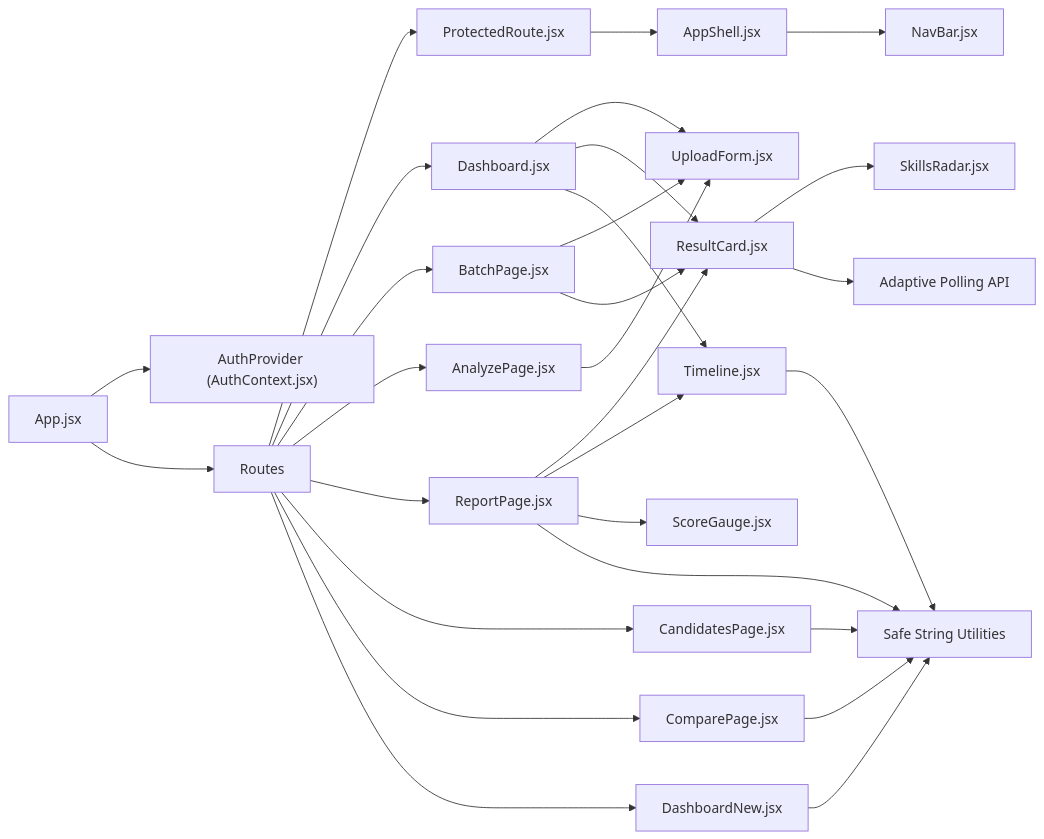
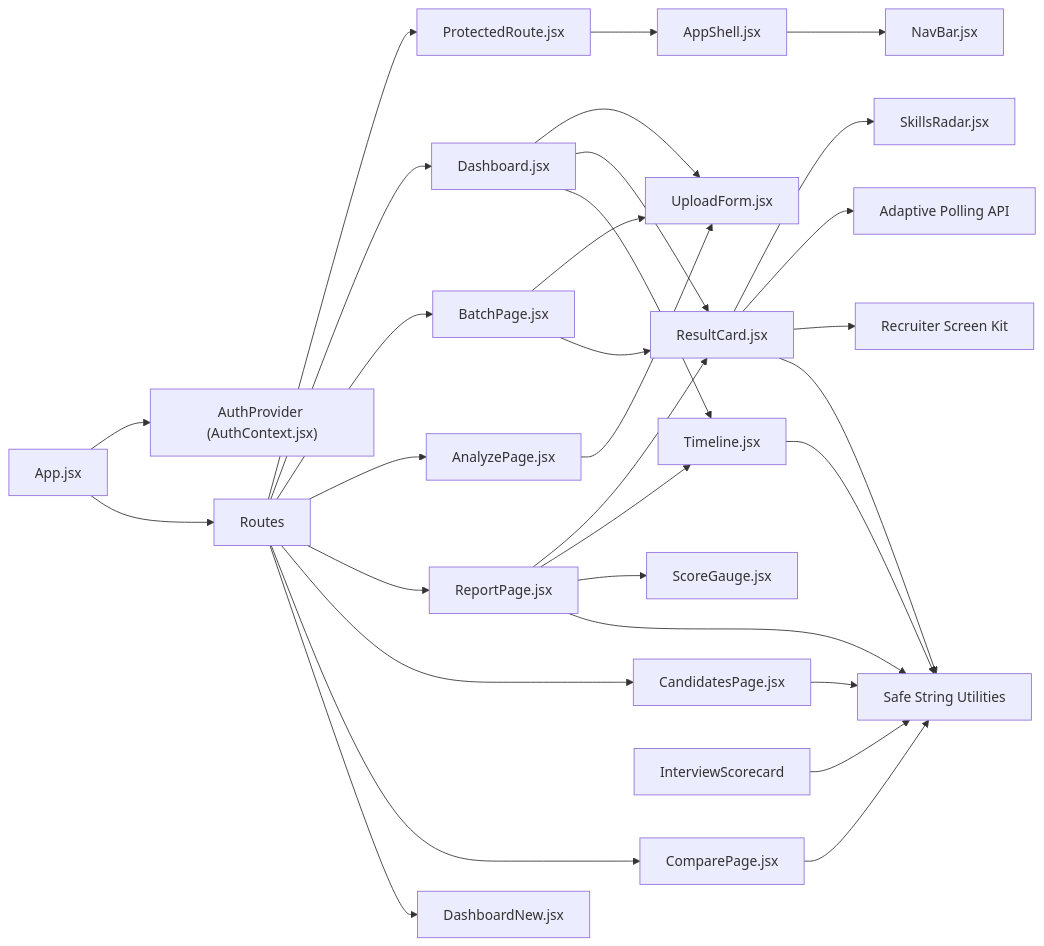
The seventh of 7 diagrams in .qoder/repowiki/en/content/Frontend Architecture/Component Library/Component Library.md (Revanththetalogics/aireume), drawn with Mermaid before and after one commit. The commit also changed other lines of this file and 6 other files, not shown here.

````diff
--- a/.qoder/repowiki/en/content/Frontend Architecture/Component Library/Component Library.md
+++ b/.qoder/repowiki/en/content/Frontend Architecture/Component Library/Component Library.md
@@ -672,31 +766,33 @@
 ```mermaid
 graph LR
 App["App.jsx"] --> Auth["AuthProvider (AuthContext.jsx)"]
 App --> Routes["Routes"]
 Routes --> Protected["ProtectedRoute.jsx"]
 Protected --> Shell["AppShell.jsx"]
 Shell --> Nav["NavBar.jsx"]
 Routes --> Dash["Dashboard.jsx"]
 Routes --> Batch["BatchPage.jsx"]
 Routes --> Analyze["AnalyzePage.jsx"]
 Routes --> Report["ReportPage.jsx"]
 Routes --> Candidates["CandidatesPage.jsx"]
 Routes --> Compare["ComparePage.jsx"]
 Routes --> DashboardNew["DashboardNew.jsx"]
 Dash --> Upload["UploadForm.jsx"]
 Batch --> Upload
 Analyze --> Upload
 Dash --> Result["ResultCard.jsx"]
 Batch --> Result
 Report --> Result
 Result --> Radar["SkillsRadar.jsx"]
 Dash --> Time["Timeline.jsx"]
 Report --> Time
 Report --> Gauge["ScoreGauge.jsx"]
 Result --> Polling["Adaptive Polling API"]
-Time --> SafeStr["Safe String Utilities"]
+Result --> RecruiterKit["Recruiter Screen Kit"]
+Result --> SafeStr["Safe String Utilities"]
+Time --> SafeStr
 Report --> SafeStr
 Candidates --> SafeStr
 Compare --> SafeStr
-DashboardNew --> SafeStr
+InterviewScorecard --> SafeStr
 ```
````
